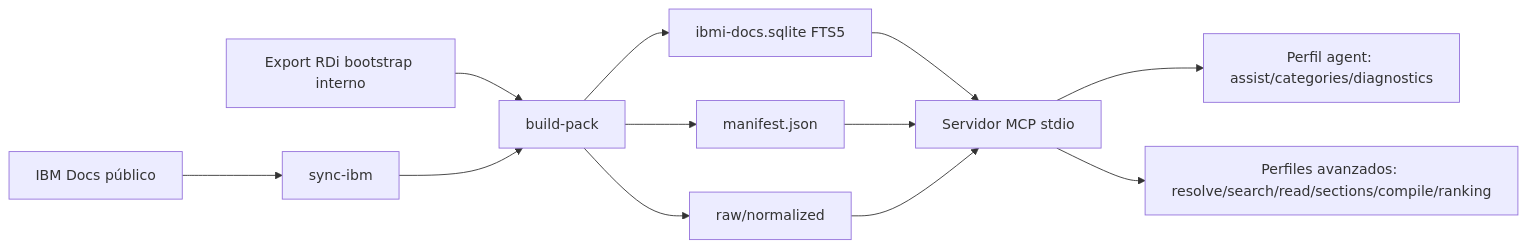
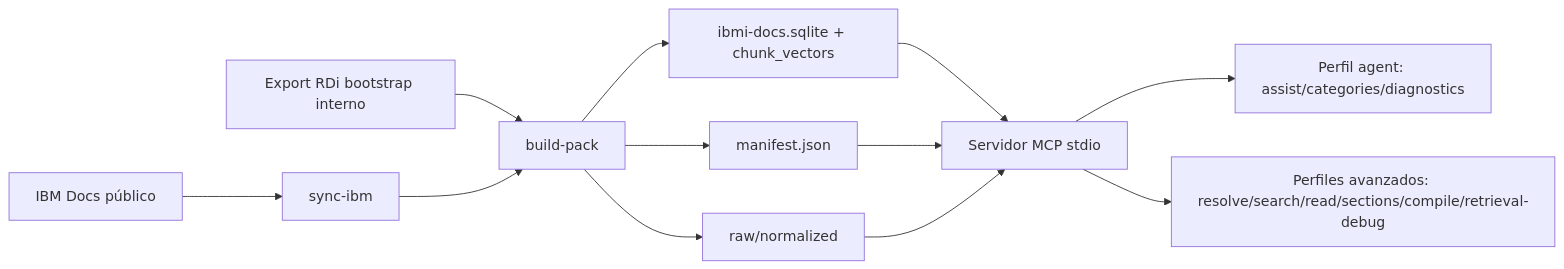
The diagram in docs/ARCHITECTURE.md (h0w4r/MCP-IBMiDocs), drawn with Mermaid before and after one commit. The commit also changed other lines of this file and 27 other files, not shown here.

````diff
--- a/docs/ARCHITECTURE.md
+++ b/docs/ARCHITECTURE.md
@@ -3,14 +3,14 @@
 ```mermaid
 flowchart LR
   A[IBM Docs público] --> B[sync-ibm]
   R[Export RDi bootstrap interno] --> P[build-pack]
   B --> P
   P --> M[manifest.json]
-  P --> S[ibmi-docs.sqlite FTS5]
+  P --> S[ibmi-docs.sqlite + chunk_vectors]
   P --> N[raw/normalized]
   S --> MCP[Servidor MCP stdio]
   M --> MCP
   N --> MCP
   MCP --> P1[Perfil agent: assist/categories/diagnostics]
-  MCP --> P2[Perfiles avanzados: resolve/search/read/sections/compile/ranking]
+  MCP --> P2[Perfiles avanzados: resolve/search/read/sections/compile/retrieval-debug]
 ```
````
